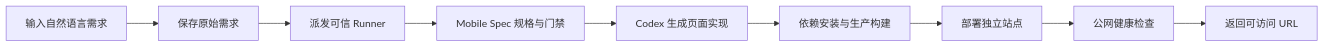
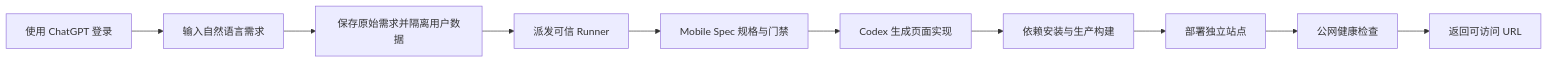
Before and after one commit to JonasQiu/mobile-app-build: the first of 3 diagrams in docs/SiteForge AI 项目介绍.md, drawn with Mermaid. The commit also changed other lines of this file and 22 other files, not shown here.

Commit message:
feat: add ChatGPT multi-user access

````diff
--- a/docs/SiteForge AI 项目介绍.md
+++ b/docs/SiteForge AI 项目介绍.md
@@ -35,11 +35,12 @@
 ```mermaid
 flowchart LR
-  A[输入自然语言需求] --> B[保存原始需求]
-  B --> C[派发可信 Runner]
-  C --> D[Mobile Spec 规格与门禁]
-  D --> E[Codex 生成页面实现]
-  E --> F[依赖安装与生产构建]
-  F --> G[部署独立站点]
-  G --> H[公网健康检查]
-  H --> I[返回可访问 URL]
+  A[使用 ChatGPT 登录] --> B[输入自然语言需求]
+  B --> C[保存原始需求并隔离用户数据]
+  C --> D[派发可信 Runner]
+  D --> E[Mobile Spec 规格与门禁]
+  E --> F[Codex 生成页面实现]
+  F --> G[依赖安装与生产构建]
+  G --> H[部署独立站点]
+  H --> I[公网健康检查]
+  I --> J[返回可访问 URL]
 ```
````
